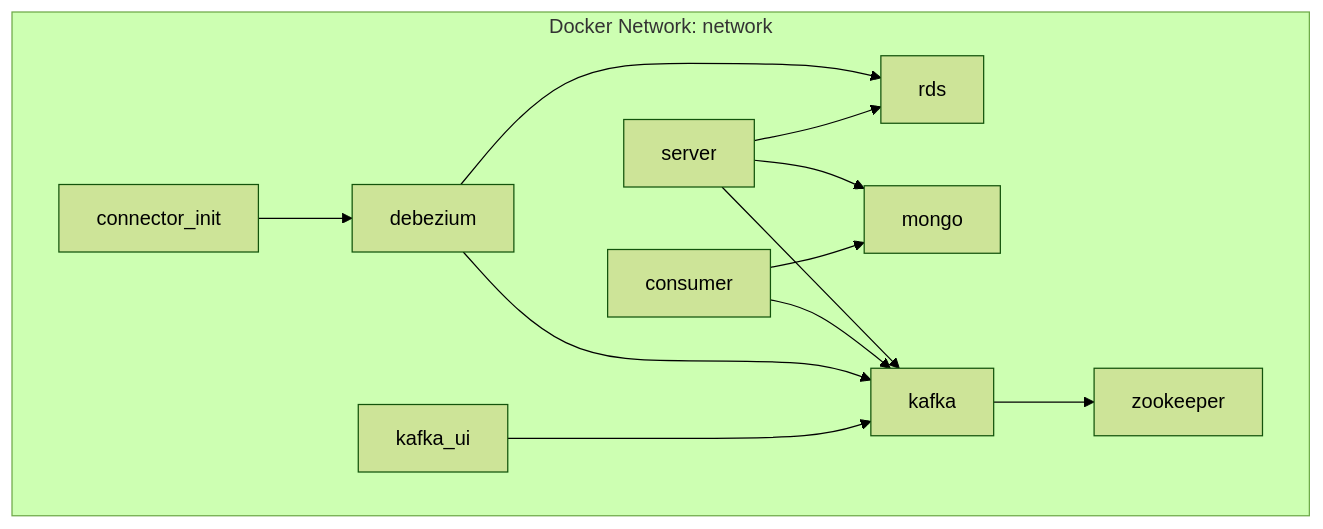
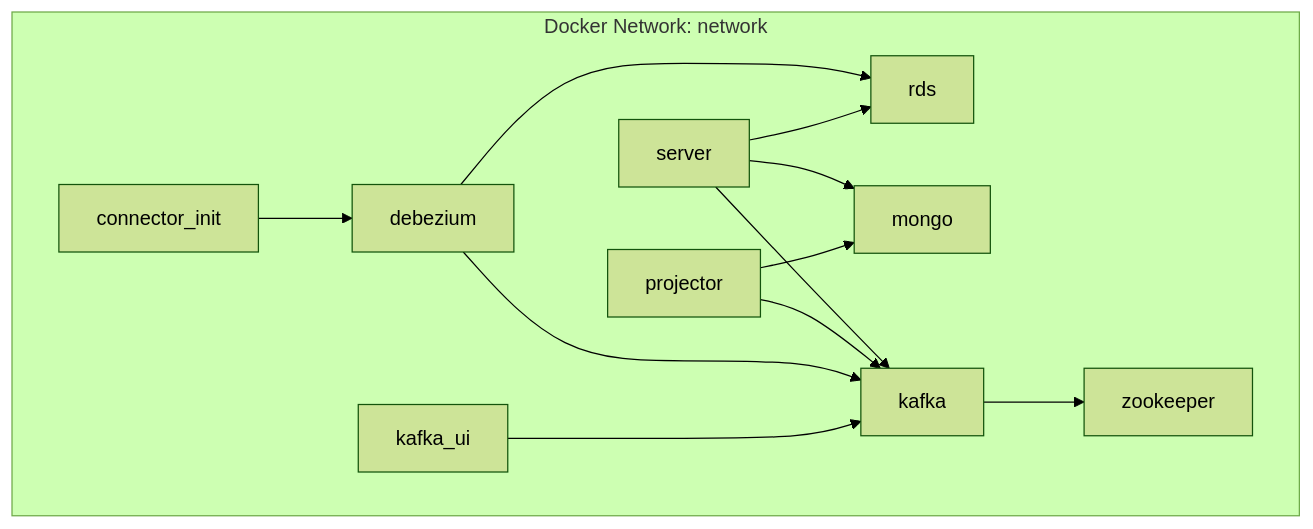
The third of 4 diagrams in README.md (NarciSource/Pre-Onboarding-Challenge-BE-31), drawn with Mermaid (forest theme) before and after one commit. The commit also changed other lines of this file and 58 other files, not shown here.

````diff
--- a/README.md
+++ b/README.md
@@ -265,23 +265,23 @@
 ```mermaid
 graph TB
   subgraph DockerNetwork["Docker Network: network"]
     server
-    consumer
+    projector
     rds
     mongo
     zookeeper
     kafka
     kafka_ui
     debezium
     connector_init
   end
 
   %% depends_on 관계
   connector_init --> debezium ---> rds
 
   server --> rds & mongo & kafka
 
-  consumer --> mongo & kafka
+  projector --> mongo & kafka
 
   debezium & kafka_ui ---> kafka --> zookeeper
 ```
````
